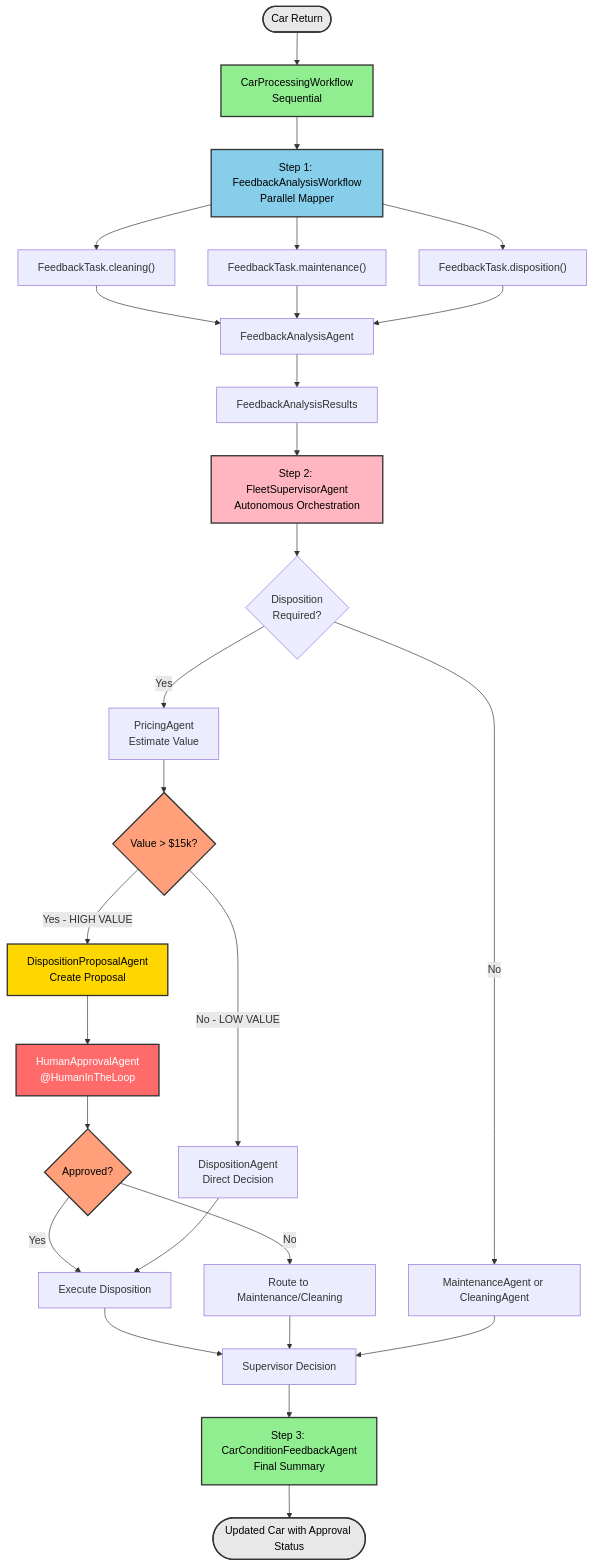
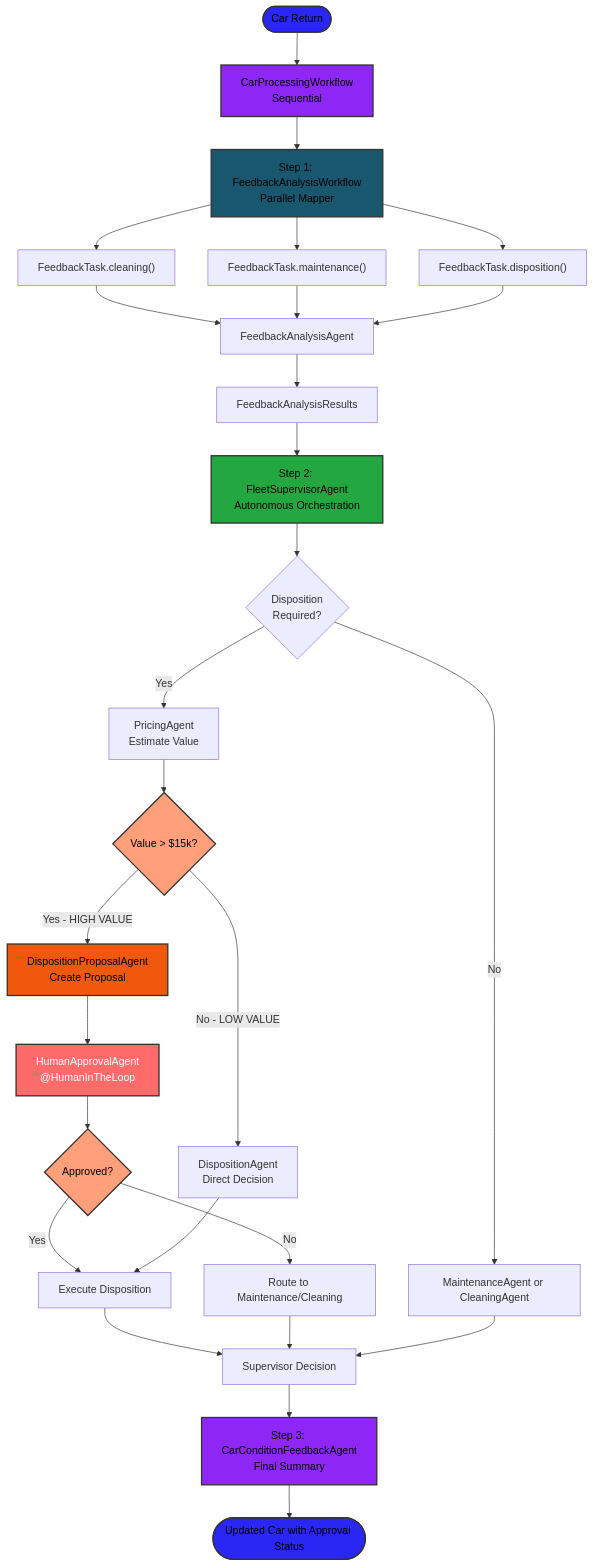
The second of 6 diagrams in docs/docs/section-2/step-05.md (OpenLiberty/liberty-workshop-langchain4j), drawn with Mermaid before and after one commit. The commit also changed other lines of this file and 10 other files, not shown here.

````diff
--- a/docs/docs/section-2/step-05.md
+++ b/docs/docs/section-2/step-05.md
@@ -83,48 +88,48 @@
 ```mermaid
 graph TB
     Start(["Car Return"]) --> A["CarProcessingWorkflow<br/>Sequential"]
 
     A --> B["Step 1: FeedbackAnalysisWorkflow<br/>Parallel Mapper"]
     B --> B1["FeedbackTask.cleaning()"]
     B --> B2["FeedbackTask.maintenance()"]
     B --> B3["FeedbackTask.disposition()"]
     B1 --> BA["FeedbackAnalysisAgent"]
     B2 --> BA
     B3 --> BA
     BA --> BEnd["FeedbackAnalysisResults"]
 
     BEnd --> C["Step 2: FleetSupervisorAgent<br/>Autonomous Orchestration"]
     C --> C1{"Disposition<br/>Required?"}
 
     C1 -->|Yes| PA["PricingAgent<br/>Estimate Value"]
     PA --> VCheck{"Value > $15k?"}
 
     VCheck -->|"Yes - HIGH VALUE"| Proposal["DispositionProposalAgent<br/>Create Proposal"]
     Proposal --> Approval["HumanApprovalAgent<br/>@HumanInTheLoop"]
     Approval --> ApprovalCheck{"Approved?"}
     ApprovalCheck -->|Yes| Execute["Execute Disposition"]
     ApprovalCheck -->|No| Fallback["Route to Maintenance/Cleaning"]
 
     VCheck -->|"No - LOW VALUE"| Direct["DispositionAgent<br/>Direct Decision"]
     Direct --> Execute
 
     C1 -->|No| Other["MaintenanceAgent or CleaningAgent"]
 
     Execute --> CEnd["Supervisor Decision"]
     Fallback --> CEnd
     Other --> CEnd
 
     CEnd --> D["Step 3: CarConditionFeedbackAgent<br/>Final Summary"]
     D --> End(["Updated Car with Approval Status"])
 
-    style A fill:#90EE90,stroke:#333,stroke-width:2,color:#000
-    style B fill:#87CEEB,stroke:#333,stroke-width:2,color:#000
-    style C fill:#FFB6C1,stroke:#333,stroke-width:2,color:#000
-    style D fill:#90EE90,stroke:#333,stroke-width:2,color:#000
-    style Proposal fill:#FFD700,stroke:#333,stroke-width:2,color:#000
+    style A fill:#8E27F5,stroke:#333,stroke-width:2,color:#000
+    style B fill:#19576E,stroke:#333,stroke-width:2,color:#000
+    style C fill:#23A841,stroke:#333,stroke-width:2,color:#000
+    style D fill:#8E27F5,stroke:#333,stroke-width:2,color:#000
+    style Proposal fill:#F0580E,stroke:#333,stroke-width:2,color:#000
     style Approval fill:#FF6B6B,stroke:#333,stroke-width:2,color:#fff
     style VCheck fill:#FFA07A,stroke:#333,stroke-width:2,color:#000
     style ApprovalCheck fill:#FFA07A,stroke:#333,stroke-width:2,color:#000
-    style Start fill:#E8E8E8,stroke:#333,stroke-width:2,color:#000
-    style End fill:#E8E8E8,stroke:#333,stroke-width:2,color:#000
+    style Start fill:#2A27F5,stroke:#333,stroke-width:2,color:#000
+    style End fill:#2A27F5,stroke:#333,stroke-width:2,color:#000
 ```
````
